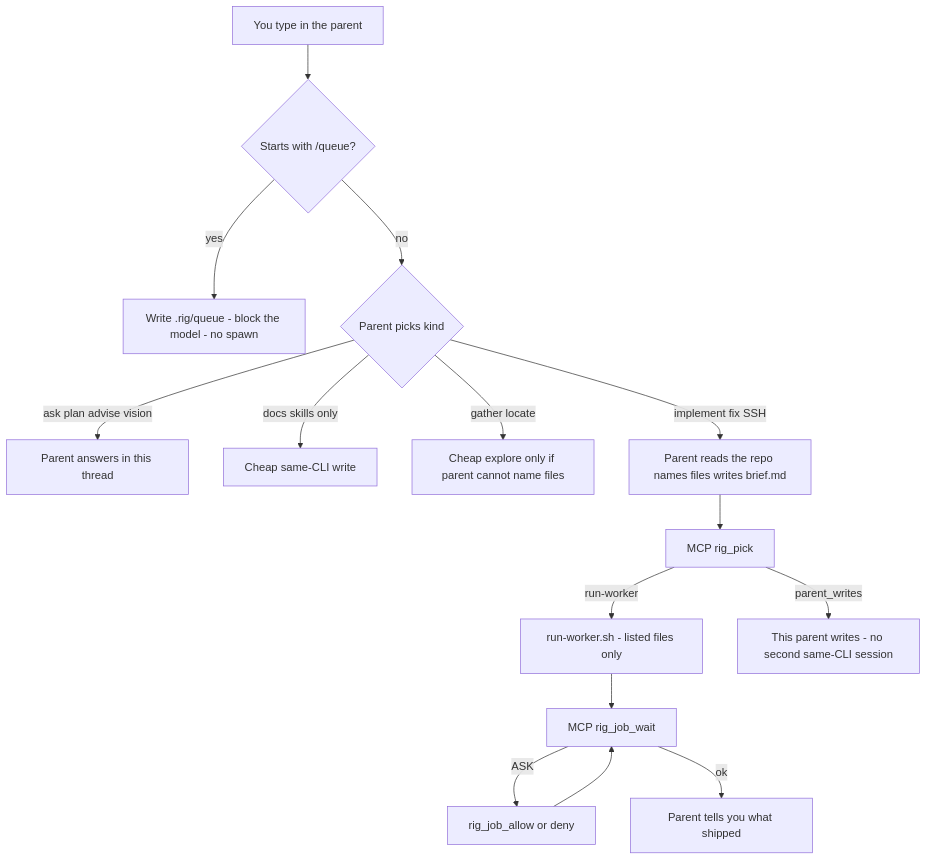
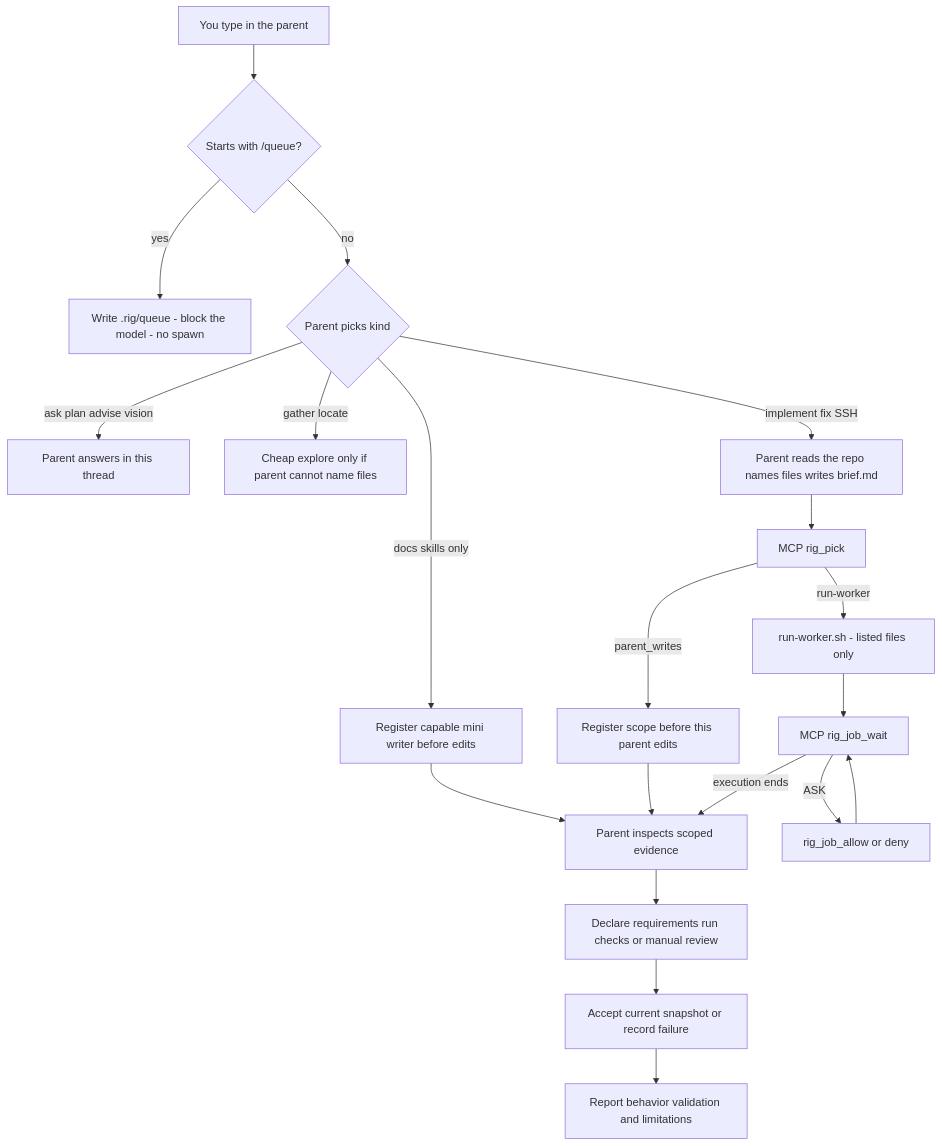
Before and after one commit to Brasth/Rig: the first of 3 diagrams in docs/usage.md, drawn with Mermaid. The commit also changed other lines of this file and 3 other files, not shown here.

````diff
--- a/docs/usage.md
+++ b/docs/usage.md
@@ -330,18 +291,23 @@
 ```mermaid
 flowchart TD
   you[You type in the parent]
   you --> q{Starts with /queue?}
   q -->|yes| park[Write .rig/queue - block the model - no spawn]
   q -->|no| kind{Parent picks kind}
   kind -->|ask plan advise vision| stay[Parent answers in this thread]
-  kind -->|docs skills only| mini[Cheap same-CLI write]
+  kind -->|docs skills only| mini[Register capable mini writer before edits]
+  mini --> evidence
   kind -->|gather locate| explore[Cheap explore only if parent cannot name files]
   kind -->|implement fix SSH| check[Parent reads the repo names files writes brief.md]
   check --> pick[MCP rig_pick]
   pick -->|run-worker| child[run-worker.sh - listed files only]
-  pick -->|parent_writes| self[This parent writes - no second same-CLI session]
+  pick -->|parent_writes| self[Register scope before this parent edits]
+  self --> evidence[Parent inspects scoped evidence]
   child --> wait[MCP rig_job_wait]
   wait -->|ASK| allow[rig_job_allow or deny]
   allow --> wait
-  wait -->|ok| you2[Parent tells you what shipped]
+  wait -->|execution ends| evidence
+  evidence --> verify[Declare requirements run checks or manual review]
+  verify --> accept[Accept current snapshot or record failure]
+  accept --> you2[Report behavior validation and limitations]
 ```
````
